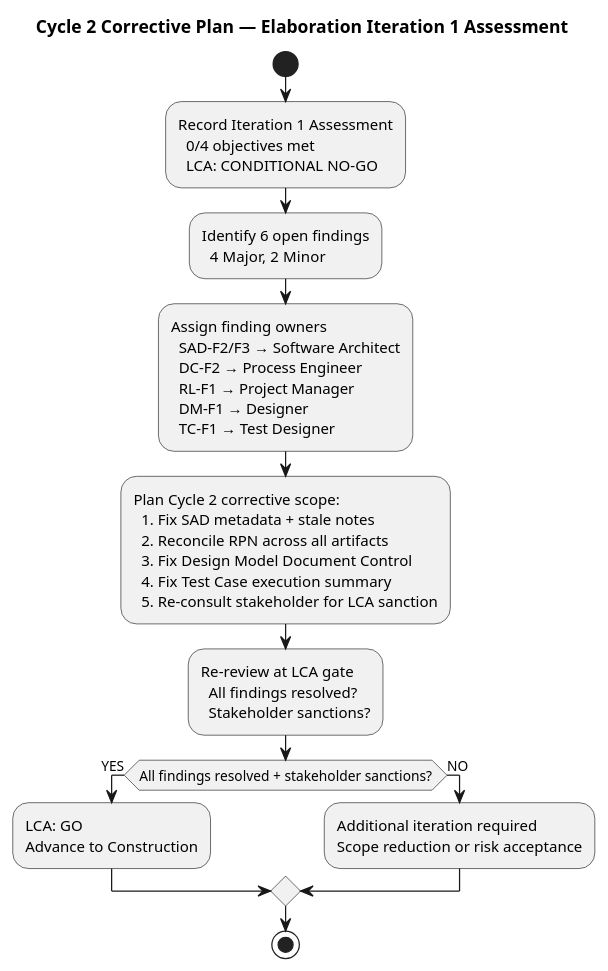
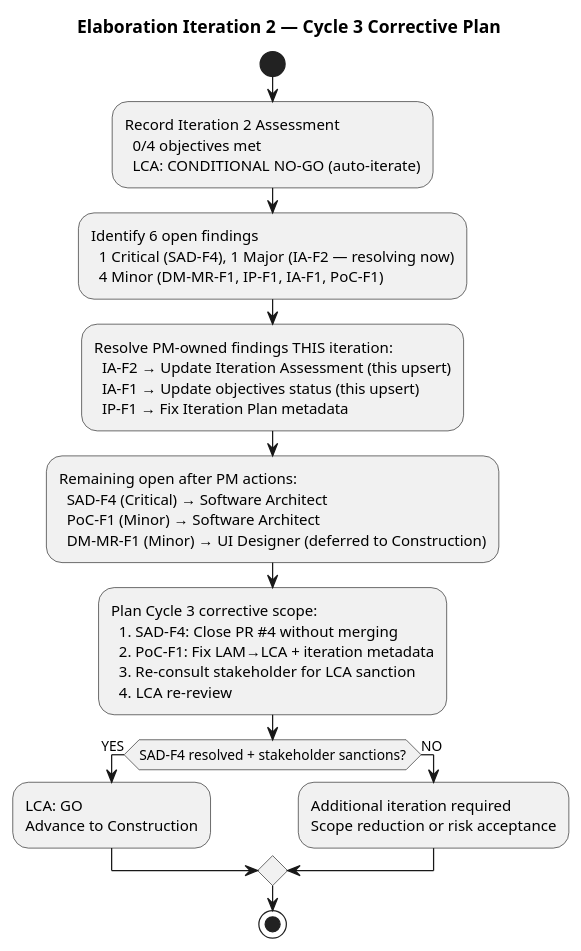
The fifth of 6 diagrams in docs/artifacts/project-management/iteration-assessment.md (banense-test/demo-janke-lab), drawn with PlantUML before and after one commit. The commit also changed other lines of this file, not shown here.

First line of the commit message:
Project Manager [E2]: upsert Iteration Assessment

````diff
--- a/docs/artifacts/project-management/iteration-assessment.md
+++ b/docs/artifacts/project-management/iteration-assessment.md
@@ -275,35 +329,41 @@
 ```plantuml
 @startuml
-title Cycle 2 Corrective Plan — Elaboration Iteration 1 Assessment
+title Elaboration Iteration 2 — Cycle 3 Corrective Plan
 
 start
-:Record Iteration 1 Assessment
+
+:Record Iteration 2 Assessment
   0/4 objectives met
-  LCA: CONDITIONAL NO-GO;
+  LCA: CONDITIONAL NO-GO (auto-iterate);
+
 :Identify 6 open findings
-  4 Major, 2 Minor;
-:Assign finding owners
-  SAD-F2/F3 → Software Architect
-  DC-F2 → Process Engineer
-  RL-F1 → Project Manager
-  DM-F1 → Designer
-  TC-F1 → Test Designer;
-:Plan Cycle 2 corrective scope:
-  1. Fix SAD metadata + stale notes
-  2. Reconcile RPN across all artifacts
-  3. Fix Design Model Document Control
-  4. Fix Test Case execution summary
-  5. Re-consult stakeholder for LCA sanction;
-:Re-review at LCA gate
-  All findings resolved?
-  Stakeholder sanctions?;
-if (All findings resolved + stakeholder sanctions?) then (YES)
+  1 Critical (SAD-F4), 1 Major (IA-F2 — resolving now)
+  4 Minor (DM-MR-F1, IP-F1, IA-F1, PoC-F1);
+
+:Resolve PM-owned findings THIS iteration:
+  IA-F2 → Update Iteration Assessment (this upsert)
+  IA-F1 → Update objectives status (this upsert)
+  IP-F1 → Fix Iteration Plan metadata;
+
+:Remaining open after PM actions:
+  SAD-F4 (Critical) → Software Architect
+  PoC-F1 (Minor) → Software Architect
+  DM-MR-F1 (Minor) → UI Designer (deferred to Construction);
+
+:Plan Cycle 3 corrective scope:
+  1. SAD-F4: Close PR #4 without merging
+  2. PoC-F1: Fix LAM→LCA + iteration metadata
+  3. Re-consult stakeholder for LCA sanction
+  4. LCA re-review;
+
+if (SAD-F4 resolved + stakeholder sanctions?) then (YES)
   :LCA: GO
   Advance to Construction;
 else (NO)
   :Additional iteration required
   Scope reduction or risk acceptance;
 endif
+
 stop
 @enduml
 ```
````
